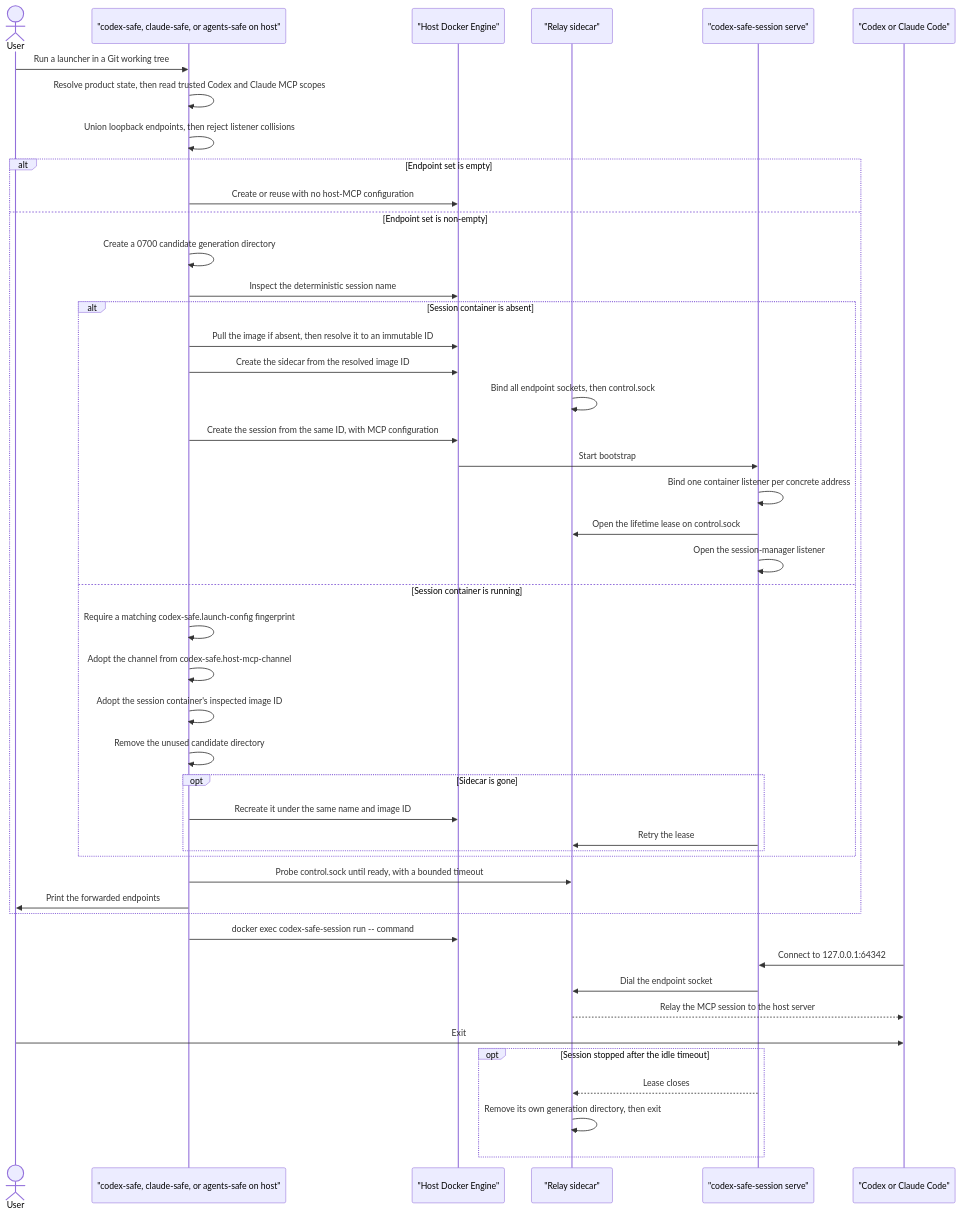
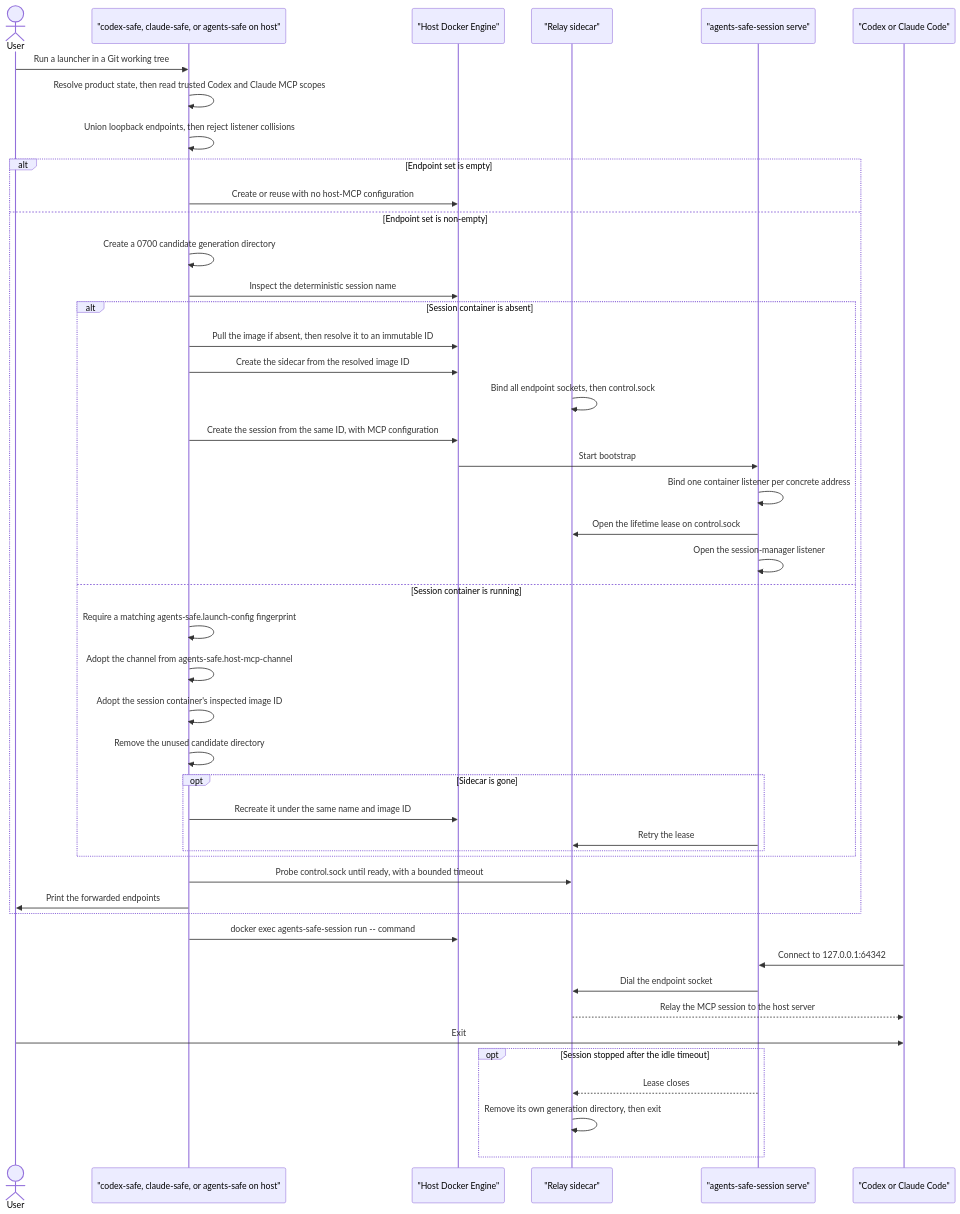
One commit to vkuptcov/agents-safe-environment changed the second of 2 diagrams in docs/design-docs/host-mcp-forwarding.md. Above: the diagram before and after it, drawn with Mermaid. The commit also changed other lines of this file and 85 other files, not shown here.

````diff
--- a/docs/design-docs/host-mcp-forwarding.md
+++ b/docs/design-docs/host-mcp-forwarding.md
@@ -569,49 +569,49 @@
 ```mermaid
 sequenceDiagram
     actor User
     participant Launcher as "codex-safe, claude-safe, or agents-safe on host"
     participant HostDocker as "Host Docker Engine"
     participant Relay as "Relay sidecar"
-    participant Serve as "codex-safe-session serve"
+    participant Serve as "agents-safe-session serve"
     participant Agent as "Codex or Claude Code"
 
     User->>Launcher: Run a launcher in a Git working tree
     Launcher->>Launcher: Resolve product state, then read trusted Codex and Claude MCP scopes
     Launcher->>Launcher: Union loopback endpoints, then reject listener collisions
     alt Endpoint set is empty
         Launcher->>HostDocker: Create or reuse with no host-MCP configuration
     else Endpoint set is non-empty
         Launcher->>Launcher: Create a 0700 candidate generation directory
         Launcher->>HostDocker: Inspect the deterministic session name
         alt Session container is absent
             Launcher->>HostDocker: Pull the image if absent, then resolve it to an immutable ID
             Launcher->>HostDocker: Create the sidecar from the resolved image ID
             Relay->>Relay: Bind all endpoint sockets, then control.sock
             Launcher->>HostDocker: Create the session from the same ID, with MCP configuration
             HostDocker->>Serve: Start bootstrap
             Serve->>Serve: Bind one container listener per concrete address
             Serve->>Relay: Open the lifetime lease on control.sock
             Serve->>Serve: Open the session-manager listener
         else Session container is running
-            Launcher->>Launcher: Require a matching codex-safe.launch-config fingerprint
-            Launcher->>Launcher: Adopt the channel from codex-safe.host-mcp-channel
+            Launcher->>Launcher: Require a matching agents-safe.launch-config fingerprint
+            Launcher->>Launcher: Adopt the channel from agents-safe.host-mcp-channel
             Launcher->>Launcher: Adopt the session container's inspected image ID
             Launcher->>Launcher: Remove the unused candidate directory
             opt Sidecar is gone
                 Launcher->>HostDocker: Recreate it under the same name and image ID
                 Serve->>Relay: Retry the lease
             end
         end
         Launcher->>Relay: Probe control.sock until ready, with a bounded timeout
         Launcher->>User: Print the forwarded endpoints
     end
-    Launcher->>HostDocker: docker exec codex-safe-session run -- command
+    Launcher->>HostDocker: docker exec agents-safe-session run -- command
     Agent->>Serve: Connect to 127.0.0.1:64342
     Serve->>Relay: Dial the endpoint socket
     Relay-->>Agent: Relay the MCP session to the host server
     User->>Agent: Exit
     opt Session stopped after the idle timeout
         Serve-->>Relay: Lease closes
         Relay->>Relay: Remove its own generation directory, then exit
     end
 ```
````
